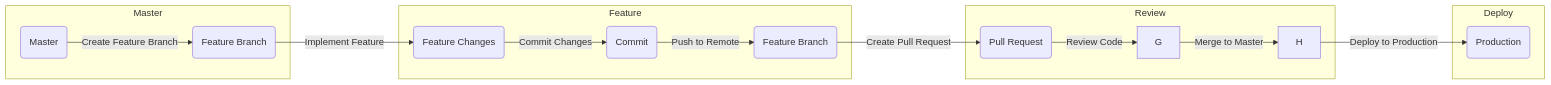
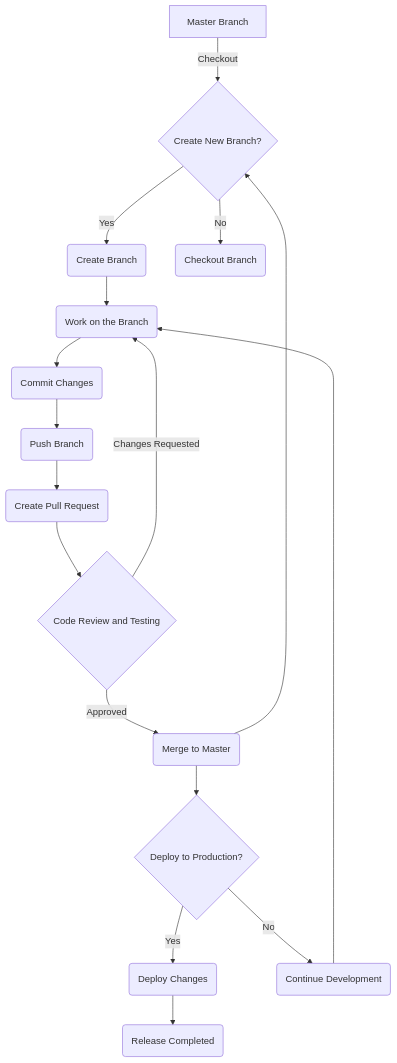
The diagram in GitKraken-Compendium/docs/diagrams/git-workflow.mmd (AnthonyByansi/GitKraken-Compendium), drawn with Mermaid before and after one commit.

```diff
--- a/GitKraken-Compendium/docs/diagrams/git-workflow.mmd
+++ b/GitKraken-Compendium/docs/diagrams/git-workflow.mmd
@@ -1,23 +1,18 @@
-graph LR
 
-  subgraph Master
-    A(Master)
-    A --> |"Create Feature Branch"| B(Feature Branch)
-  end
-
-  subgraph Feature
-    B --> |"Implement Feature"| C(Feature Changes)
-    C --> |"Commit Changes"| D(Commit)
-    D --> |"Push to Remote"| E
-  end
-
-  subgraph Review
-    E(Feature Branch)
-    E --> |"Create Pull Request"| F(Pull Request)
-    F --> |"Review Code"| G
-    G --> |"Merge to Master"| H
-  end
-
-  subgraph Deploy
-    H --> |"Deploy to Production"| I(Production)
-  end
+graph TD
+  A[Master Branch] -- Checkout --> B{Create New Branch?}
+  B -- Yes --> C(Create Branch)
+  B -- No --> D(Checkout Branch)
+  C --> E(Work on the Branch)
+  E --> F(Commit Changes)
+  F --> G(Push Branch)
+  G --> H(Create Pull Request)
+  H --> I{Code Review and Testing}
+  I -- Approved --> J(Merge to Master)
+  J --> K{Deploy to Production?}
+  K -- Yes --> L(Deploy Changes)
+  L --> M(Release Completed)
+  K -- No --> N(Continue Development)
+  N --> E
+  I -- Changes Requested --> E
+  J --> B
```
